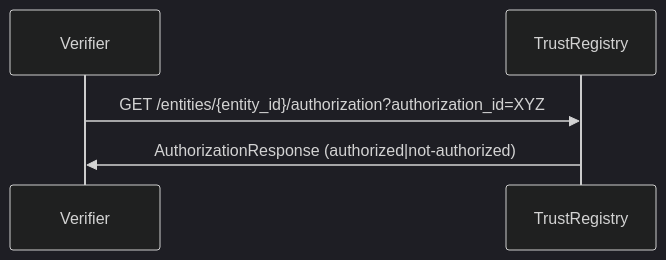
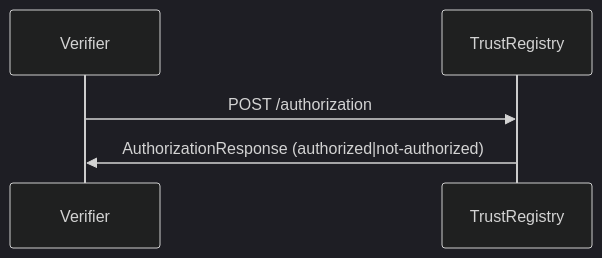
Before and after one commit to ayraforum/ayra-trust-registry-resources: the second of 3 diagrams in guides/implementers_guide.md, drawn with Mermaid (dark theme). The commit also changed other lines of this file and 2 other files, not shown here.

````diff
--- a/guides/implementers_guide.md
+++ b/guides/implementers_guide.md
@@ -87,7 +87,7 @@
 ```mermaid
 sequenceDiagram
     participant Verifier
     participant TrustRegistry
-    Verifier->>TrustRegistry: GET /entities/{entity_id}/authorization?authorization_id=XYZ
+    Verifier->>TrustRegistry: POST /authorization
     TrustRegistry->>Verifier: AuthorizationResponse (authorized|not-authorized)
 ```
````
